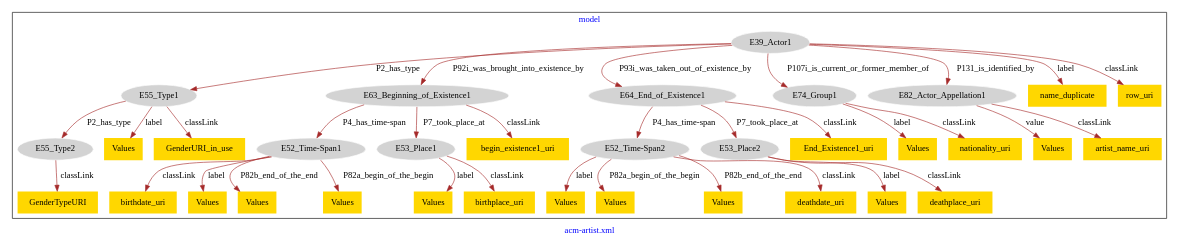
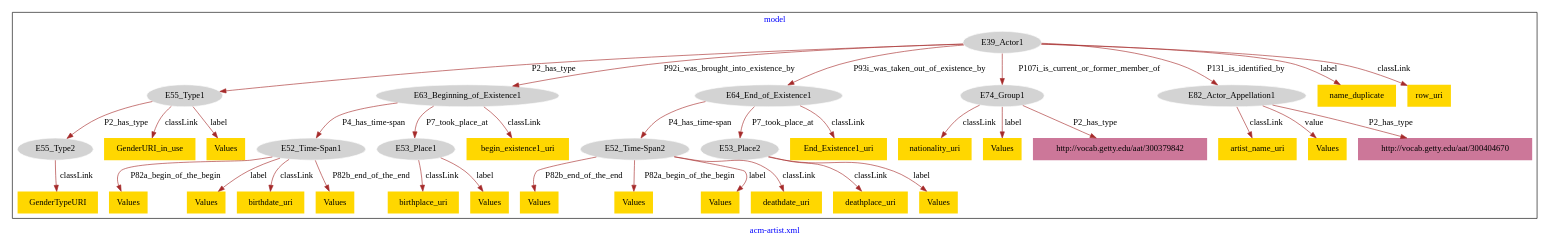
Before and after one commit to american-art/acm: the diagram in acm-artist/acm-artist-model.dot, drawn with Graphviz.

Commit message:
Update file acm-artist-model.dot

```diff
--- a/acm-artist/acm-artist-model.dot
+++ b/acm-artist/acm-artist-model.dot
@@ -1,75 +1,79 @@
 digraph n0 {
 fontcolor="blue"
 remincross="true"
 label="acm-artist.xml"
 subgraph cluster {
 label="model"
 n2[style="filled",color="white",fillcolor="lightgray",label="E39_Actor1"];
 n3[style="filled",color="white",fillcolor="lightgray",label="E55_Type1"];
 n4[style="filled",color="white",fillcolor="lightgray",label="E63_Beginning_of_Existence1"];
 n5[style="filled",color="white",fillcolor="lightgray",label="E64_End_of_Existence1"];
 n6[style="filled",color="white",fillcolor="lightgray",label="E74_Group1"];
 n7[style="filled",color="white",fillcolor="lightgray",label="E82_Actor_Appellation1"];
 n8[style="filled",color="white",fillcolor="lightgray",label="E55_Type2"];
 n9[style="filled",color="white",fillcolor="lightgray",label="E52_Time-Span1"];
 n10[style="filled",color="white",fillcolor="lightgray",label="E53_Place1"];
 n11[style="filled",color="white",fillcolor="lightgray",label="E52_Time-Span2"];
 n12[style="filled",color="white",fillcolor="lightgray",label="E53_Place2"];
-n13[shape="plaintext",style="filled",fillcolor="gold",label="Values"];
-n14[shape="plaintext",style="filled",fillcolor="gold",label="Values"];
-n15[shape="plaintext",style="filled",fillcolor="gold",label="Values"];
-n16[shape="plaintext",style="filled",fillcolor="gold",label="nationality_uri"];
-n17[shape="plaintext",style="filled",fillcolor="gold",label="birthdate_uri"];
-n18[shape="plaintext",style="filled",fillcolor="gold",label="name_duplicate"];
+n13[shape="plaintext",style="filled",fillcolor="gold",label="nationality_uri"];
+n14[shape="plaintext",style="filled",fillcolor="gold",label="begin_existence1_uri"];
+n15[shape="plaintext",style="filled",fillcolor="gold",label="name_duplicate"];
+n16[shape="plaintext",style="filled",fillcolor="gold",label="GenderURI_in_use"];
+n17[shape="plaintext",style="filled",fillcolor="gold",label="artist_name_uri"];
+n18[shape="plaintext",style="filled",fillcolor="gold",label="Values"];
 n19[shape="plaintext",style="filled",fillcolor="gold",label="Values"];
-n20[shape="plaintext",style="filled",fillcolor="gold",label="Values"];
+n20[shape="plaintext",style="filled",fillcolor="gold",label="deathplace_uri"];
 n21[shape="plaintext",style="filled",fillcolor="gold",label="Values"];
 n22[shape="plaintext",style="filled",fillcolor="gold",label="Values"];
-n23[shape="plaintext",style="filled",fillcolor="gold",label="Values"];
-n24[shape="plaintext",style="filled",fillcolor="gold",label="Values"];
-n25[shape="plaintext",style="filled",fillcolor="gold",label="Values"];
-n26[shape="plaintext",style="filled",fillcolor="gold",label="GenderTypeURI"];
-n27[shape="plaintext",style="filled",fillcolor="gold",label="Values"];
-n28[shape="plaintext",style="filled",fillcolor="gold",label="GenderURI_in_use"];
-n29[shape="plaintext",style="filled",fillcolor="gold",label="deathplace_uri"];
-n30[shape="plaintext",style="filled",fillcolor="gold",label="deathdate_uri"];
-n31[shape="plaintext",style="filled",fillcolor="gold",label="birthplace_uri"];
-n32[shape="plaintext",style="filled",fillcolor="gold",label="End_Existence1_uri"];
-n33[shape="plaintext",style="filled",fillcolor="gold",label="begin_existence1_uri"];
-n34[shape="plaintext",style="filled",fillcolor="gold",label="artist_name_uri"];
-n35[shape="plaintext",style="filled",fillcolor="gold",label="row_uri"];
+n23[shape="plaintext",style="filled",fillcolor="gold",label="GenderTypeURI"];
+n24[shape="plaintext",style="filled",fillcolor="gold",label="birthplace_uri"];
+n25[shape="plaintext",style="filled",fillcolor="gold",label="End_Existence1_uri"];
+n26[shape="plaintext",style="filled",fillcolor="gold",label="Values"];
+n27[shape="plaintext",style="filled",fillcolor="gold",label="row_uri"];
+n28[shape="plaintext",style="filled",fillcolor="gold",label="Values"];
+n29[shape="plaintext",style="filled",fillcolor="gold",label="birthdate_uri"];
+n30[shape="plaintext",style="filled",fillcolor="gold",label="Values"];
+n31[shape="plaintext",style="filled",fillcolor="gold",label="Values"];
+n32[shape="plaintext",style="filled",fillcolor="gold",label="deathdate_uri"];
+n33[shape="plaintext",style="filled",fillcolor="gold",label="Values"];
+n34[shape="plaintext",style="filled",fillcolor="gold",label="Values"];
+n35[shape="plaintext",style="filled",fillcolor="gold",label="Values"];
+n36[shape="plaintext",style="filled",fillcolor="#CC7799",label="http://vocab.getty.edu/aat/300404670"];
+n37[shape="plaintext",style="filled",fillcolor="#CC7799",label="http://vocab.getty.edu/aat/300379842"];
 }
 n2 -> n3[color="brown",fontcolor="black",label="P2_has_type"]
 n2 -> n4[color="brown",fontcolor="black",label="P92i_was_brought_into_existence_by"]
 n2 -> n5[color="brown",fontcolor="black",label="P93i_was_taken_out_of_existence_by"]
 n2 -> n6[color="brown",fontcolor="black",label="P107i_is_current_or_former_member_of"]
 n2 -> n7[color="brown",fontcolor="black",label="P131_is_identified_by"]
 n3 -> n8[color="brown",fontcolor="black",label="P2_has_type"]
 n4 -> n9[color="brown",fontcolor="black",label="P4_has_time-span"]
 n4 -> n10[color="brown",fontcolor="black",label="P7_took_place_at"]
 n5 -> n11[color="brown",fontcolor="black",label="P4_has_time-span"]
 n5 -> n12[color="brown",fontcolor="black",label="P7_took_place_at"]
-n11 -> n13[color="brown",fontcolor="black",label="label"]
-n11 -> n14[color="brown",fontcolor="black",label="P82a_begin_of_the_begin"]
-n6 -> n15[color="brown",fontcolor="black",label="label"]
-n6 -> n16[color="brown",fontcolor="black",label="classLink"]
-n9 -> n17[color="brown",fontcolor="black",label="classLink"]
-n2 -> n18[color="brown",fontcolor="black",label="label"]
+n6 -> n13[color="brown",fontcolor="black",label="classLink"]
+n4 -> n14[color="brown",fontcolor="black",label="classLink"]
+n2 -> n15[color="brown",fontcolor="black",label="label"]
+n3 -> n16[color="brown",fontcolor="black",label="classLink"]
+n7 -> n17[color="brown",fontcolor="black",label="classLink"]
+n9 -> n18[color="brown",fontcolor="black",label="P82a_begin_of_the_begin"]
 n9 -> n19[color="brown",fontcolor="black",label="label"]
-n11 -> n20[color="brown",fontcolor="black",label="P82b_end_of_the_end"]
-n3 -> n21[color="brown",fontcolor="black",label="label"]
-n9 -> n22[color="brown",fontcolor="black",label="P82b_end_of_the_end"]
-n7 -> n23[color="brown",fontcolor="black",label="value"]
-n12 -> n24[color="brown",fontcolor="black",label="label"]
-n9 -> n25[color="brown",fontcolor="black",label="P82a_begin_of_the_begin"]
-n8 -> n26[color="brown",fontcolor="black",label="classLink"]
-n10 -> n27[color="brown",fontcolor="black",label="label"]
-n3 -> n28[color="brown",fontcolor="black",label="classLink"]
-n12 -> n29[color="brown",fontcolor="black",label="classLink"]
-n11 -> n30[color="brown",fontcolor="black",label="classLink"]
-n10 -> n31[color="brown",fontcolor="black",label="classLink"]
-n5 -> n32[color="brown",fontcolor="black",label="classLink"]
-n4 -> n33[color="brown",fontcolor="black",label="classLink"]
-n7 -> n34[color="brown",fontcolor="black",label="classLink"]
-n2 -> n35[color="brown",fontcolor="black",label="classLink"]
+n12 -> n20[color="brown",fontcolor="black",label="classLink"]
+n11 -> n21[color="brown",fontcolor="black",label="P82b_end_of_the_end"]
+n11 -> n22[color="brown",fontcolor="black",label="P82a_begin_of_the_begin"]
+n8 -> n23[color="brown",fontcolor="black",label="classLink"]
+n10 -> n24[color="brown",fontcolor="black",label="classLink"]
+n5 -> n25[color="brown",fontcolor="black",label="classLink"]
+n6 -> n26[color="brown",fontcolor="black",label="label"]
+n2 -> n27[color="brown",fontcolor="black",label="classLink"]
+n3 -> n28[color="brown",fontcolor="black",label="label"]
+n9 -> n29[color="brown",fontcolor="black",label="classLink"]
+n10 -> n30[color="brown",fontcolor="black",label="label"]
+n11 -> n31[color="brown",fontcolor="black",label="label"]
+n11 -> n32[color="brown",fontcolor="black",label="classLink"]
+n9 -> n33[color="brown",fontcolor="black",label="P82b_end_of_the_end"]
+n7 -> n34[color="brown",fontcolor="black",label="value"]
+n12 -> n35[color="brown",fontcolor="black",label="label"]
+n7 -> n36[color="brown",fontcolor="black",label="P2_has_type"]
+n6 -> n37[color="brown",fontcolor="black",label="P2_has_type"]
 }
```
